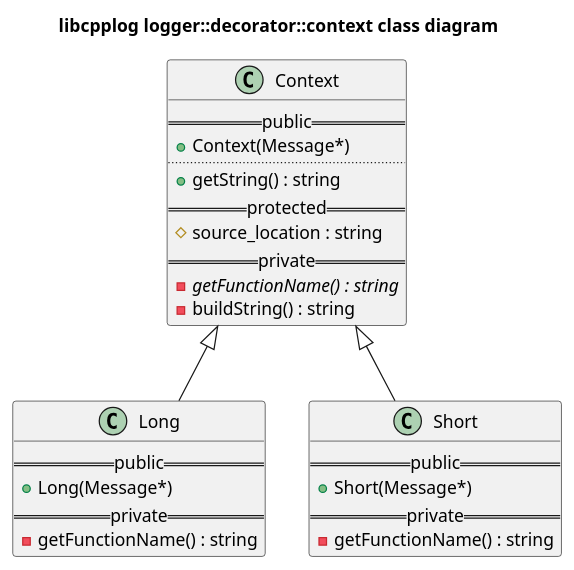
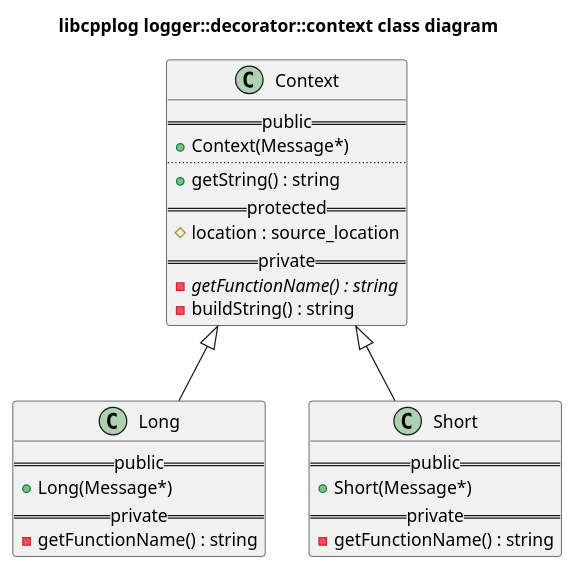
The diagram in libcpplog/logger/decorator/context/doc/class.puml (kfpgk/libcpplog), drawn with PlantUML before and after one commit.

Commit message:
decorator::Context: Fix location attribute in class diagram

```diff
--- a/libcpplog/logger/decorator/context/doc/class.puml
+++ b/libcpplog/logger/decorator/context/doc/class.puml
@@ -1,34 +1,34 @@
 @startuml logger-decorator-context-class-diagram
 
 title libcpplog logger::decorator::context class diagram
 
 class Context {
     == public ==
     + Context(Message*)
     ..
     + getString() : string
     == protected ==
-    # source_location : string
+    # location : source_location
     == private ==
     - {abstract} getFunctionName() : string
     - buildString() : string
 }
 
 class Long {
     == public ==
     + Long(Message*)
     == private ==
     - getFunctionName() : string
 }
 
 class Short {
     == public ==
     + Short(Message*)
     == private ==
     - getFunctionName() : string
 }
 
 Context <|-- Long
 Context <|-- Short
 
 @enduml
```
